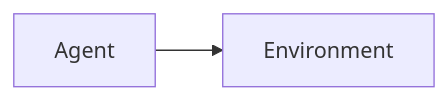
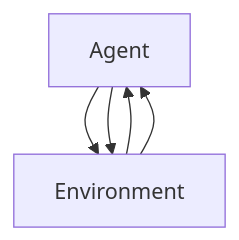
The diagram in doc/reforcement_learning/markov_decision_process.md (volvet/notes), drawn with Mermaid before and after one commit.

````diff
--- a/doc/reforcement_learning/markov_decision_process.md
+++ b/doc/reforcement_learning/markov_decision_process.md
@@ -7,4 +7,4 @@
 ```mermaid
-graph LR;
-Agent --> Environment;
+graph TB;
+Agent --> Environment & Environment --> Agent;
 ```
````
